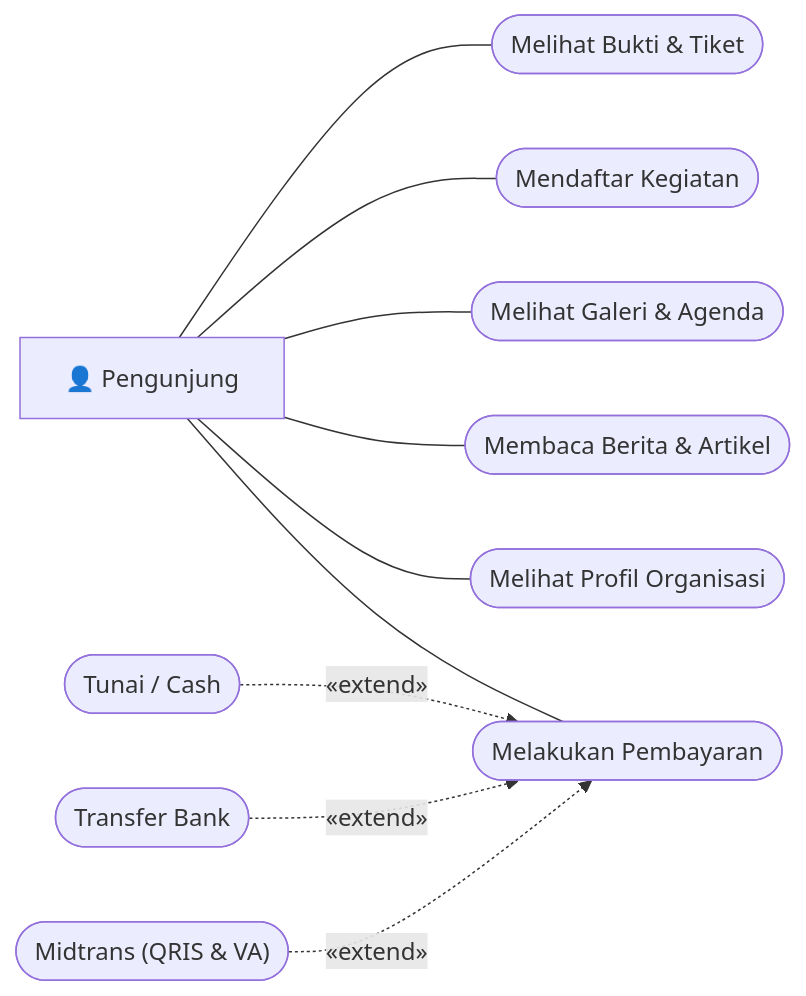
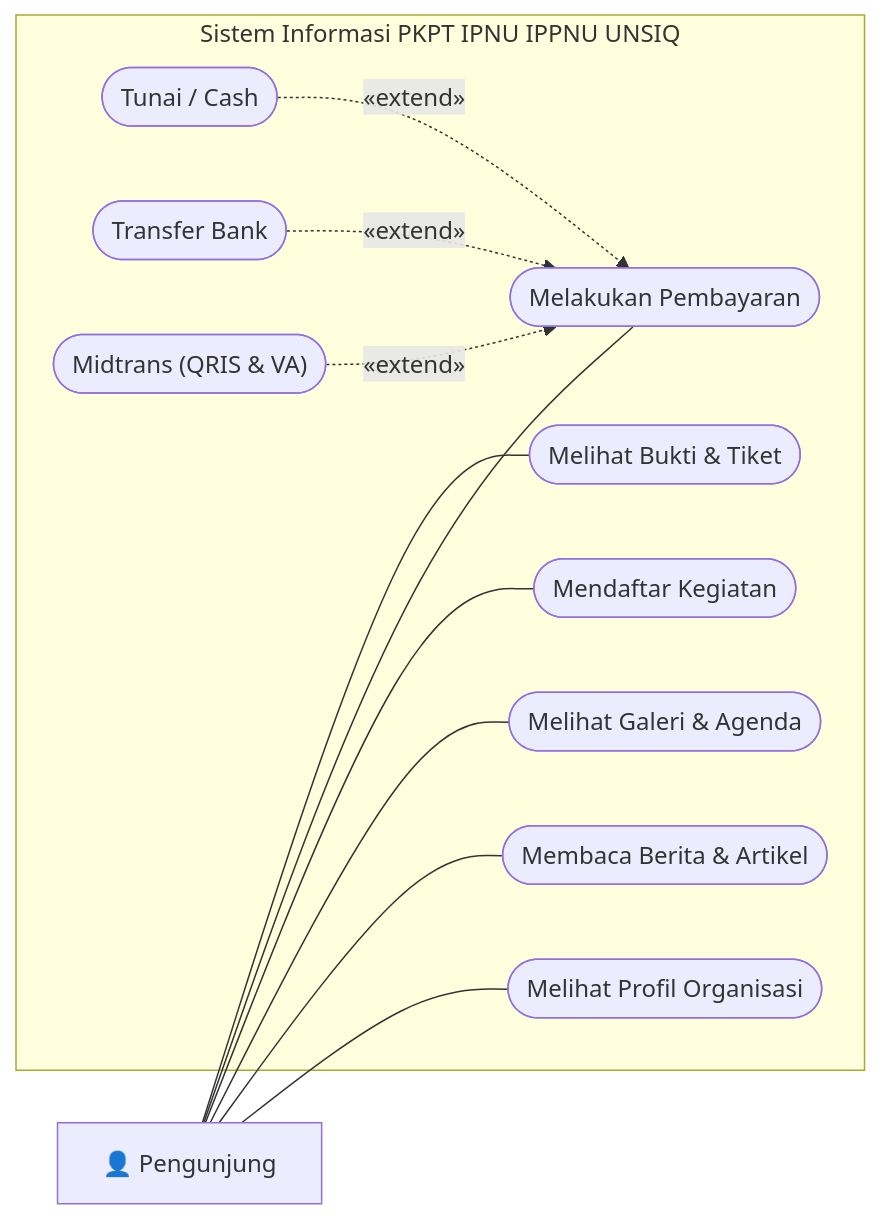
The fourth of 4 diagrams in laporan/dokumen/USE_CASE_DIAGRAM.md (rizalmhmd/pk-ipnu-ippnu), drawn with Mermaid before and after one commit. The commit also changed other lines of this file and 275 other files, not shown here.

````diff
--- a/laporan/dokumen/USE_CASE_DIAGRAM.md
+++ b/laporan/dokumen/USE_CASE_DIAGRAM.md
@@ -170,31 +185,33 @@
 ```mermaid
 flowchart LR
-    %% Aktor Kiri
+    %% Aktor di LUAR Kotak
     Guest["👤 Pengunjung"]
 
-    %% 6 Elips Utama Vertikal
-    UC1(["Melihat Profil Organisasi"])
-    UC2(["Membaca Berita & Artikel"])
-    UC3(["Melihat Galeri & Agenda"])
-    UC4(["Mendaftar Kegiatan"])
-    UC5(["Melakukan Pembayaran"])
-    UC6(["Melihat Bukti & Tiket"])
+    subgraph SysGuest["Sistem Informasi PKPT IPNU IPPNU UNSIQ"]
+        %% 6 Elips Utama Vertikal
+        UC1(["Melihat Profil Organisasi"])
+        UC2(["Membaca Berita & Artikel"])
+        UC3(["Melihat Galeri & Agenda"])
+        UC4(["Mendaftar Kegiatan"])
+        UC5(["Melakukan Pembayaran"])
+        UC6(["Melihat Bukti & Tiket"])
 
-    %% 3 Sub-Elips di Kanan (Metode Pembayaran)
-    Sub1(["Tunai / Cash"])
-    Sub2(["Transfer Bank"])
-    Sub3(["Midtrans (QRIS & VA)"])
+        %% 3 Sub-Elips di Kanan (Metode Pembayaran)
+        Sub1(["Tunai / Cash"])
+        Sub2(["Transfer Bank"])
+        Sub3(["Midtrans (QRIS & VA)"])
 
-    %% Asosiasi Lurus
+        %% Relasi Extend Pilihan Pembayaran
+        Sub1 -.->|«extend»| UC5
+        Sub2 -.->|«extend»| UC5
+        Sub3 -.->|«extend»| UC5
+    end
+
+    %% Garis Asosiasi
     Guest --- UC1
     Guest --- UC2
     Guest --- UC3
     Guest --- UC4
     Guest --- UC5
     Guest --- UC6
-
-    %% Relasi Extend Pilihan Pembayaran
-    Sub1 -.->|«extend»| UC5
-    Sub2 -.->|«extend»| UC5
-    Sub3 -.->|«extend»| UC5
 ```
````
